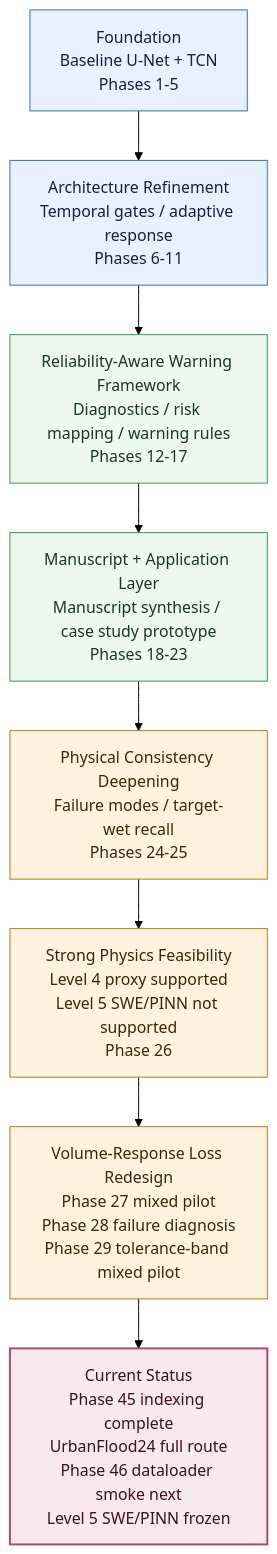
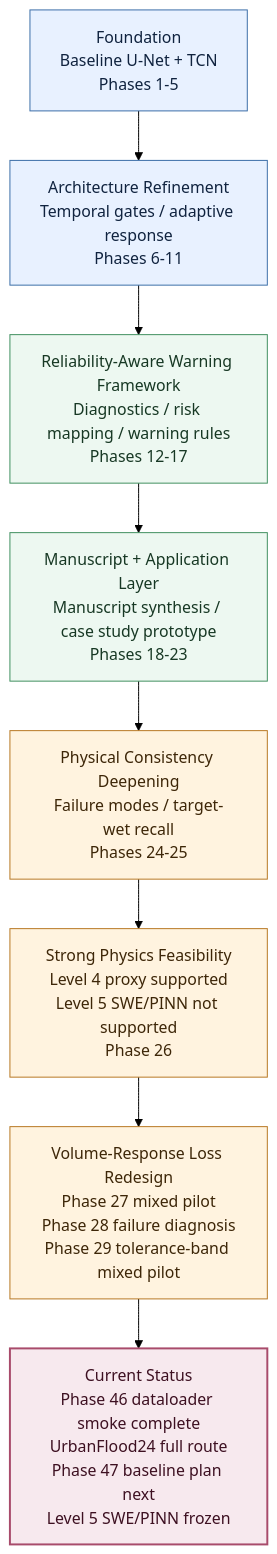
The second of 3 diagrams in README.md (HolyLin990604/physics-guided-urban-flood-prediction), drawn with Mermaid (forest theme) before and after one commit. The commit also changed other lines of this file and 2 other files, not shown here.

Commit message:
docs: sync phase46 dataloader smoke feasibility status

````diff
--- a/README.md
+++ b/README.md
@@ -28,18 +28,18 @@
 ```mermaid
 flowchart TB
     A["Foundation<br/>Baseline U-Net + TCN<br/>Phases 1-5"]:::foundation
     B["Architecture Refinement<br/>Temporal gates / adaptive response<br/>Phases 6-11"]:::foundation
     C["Reliability-Aware Warning Framework<br/>Diagnostics / risk mapping / warning rules<br/>Phases 12-17"]:::reliability
     D["Manuscript + Application Layer<br/>Manuscript synthesis / case study prototype<br/>Phases 18-23"]:::reliability
     E["Physical Consistency Deepening<br/>Failure modes / target-wet recall<br/>Phases 24-25"]:::physics
     F["Strong Physics Feasibility<br/>Level 4 proxy supported<br/>Level 5 SWE/PINN not supported<br/>Phase 26"]:::physics
     G["Volume-Response Loss Redesign<br/>Phase 27 mixed pilot<br/>Phase 28 failure diagnosis<br/>Phase 29 tolerance-band mixed pilot"]:::physics
-    H["Current Status<br/>Phase 45 indexing complete<br/>UrbanFlood24 full route<br/>Phase 46 dataloader smoke next<br/>Level 5 SWE/PINN frozen"]:::current
+    H["Current Status<br/>Phase 46 dataloader smoke complete<br/>UrbanFlood24 full route<br/>Phase 47 baseline plan next<br/>Level 5 SWE/PINN frozen"]:::current
 
     A --> B --> C --> D --> E --> F --> G --> H
 
     classDef foundation fill:#e8f1ff,stroke:#3b6ea8,stroke-width:1px,color:#10233f
     classDef reliability fill:#edf8f1,stroke:#3f8f5f,stroke-width:1px,color:#173824
     classDef physics fill:#fff3df,stroke:#b77722,stroke-width:1px,color:#3d2608
     classDef current fill:#f7e9ee,stroke:#a84b6b,stroke-width:2px,color:#3d1021
 ```
````
